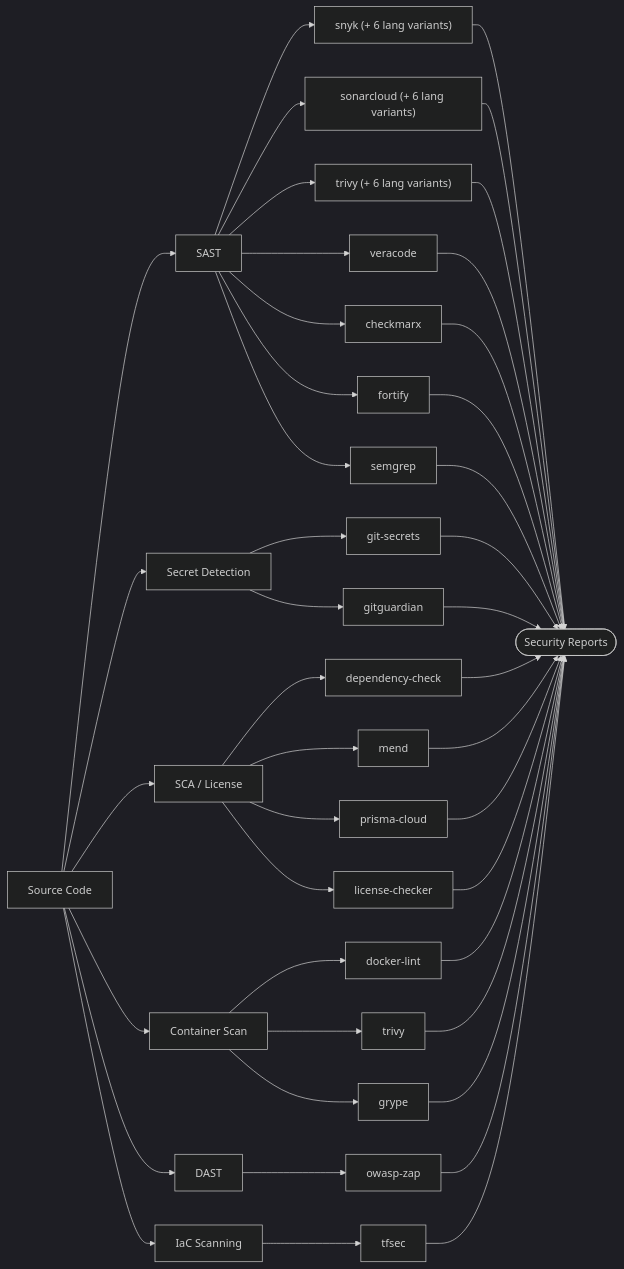
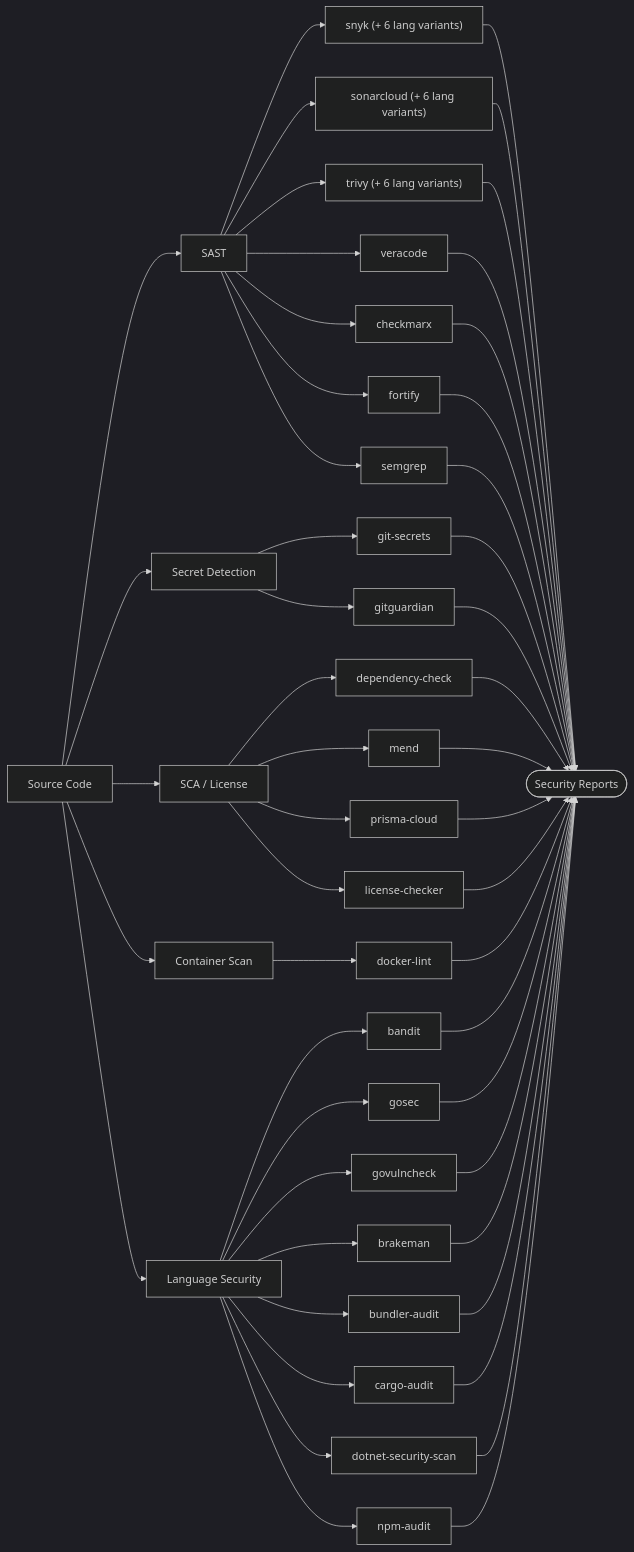
Before and after one commit to mwashburn160/pipeline-builder: the diagram in docs/plugins/security.md, drawn with Mermaid (dark theme). The commit also changed other lines of this file and 25 other files, not shown here.

````diff
--- a/docs/plugins/security.md
+++ b/docs/plugins/security.md
@@ -5,35 +5,31 @@
 ```mermaid
 flowchart LR
     Code[Source Code] --> SAST[SAST]
     Code --> Secrets[Secret Detection]
     Code --> SCA[SCA / License]
     Code --> Container[Container Scan]
-    Code --> DAST[DAST]
-
-    Code --> IaC[IaC Scanning]
+    Code --> LangSec[Language Security]
 
     SAST --> snyk["snyk (+ 6 lang variants)"]
     SAST --> sonarcloud["sonarcloud (+ 6 lang variants)"]
     SAST --> trivy["trivy (+ 6 lang variants)"]
     SAST --> veracode & checkmarx & fortify
     SAST --> semgrep
 
     Secrets --> git-secrets & gitguardian
 
     SCA --> dependency-check & mend & prisma-cloud
     SCA --> license-checker
 
     Container --> docker-lint
-    Container --> trivy2[trivy]
-    Container --> grype
 
-    IaC --> tfsec
-
-    DAST --> owasp-zap
+    LangSec --> bandit & gosec & govulncheck
+    LangSec --> brakeman & bundler-audit & cargo-audit
+    LangSec --> dotnet-security-scan & npm-audit
 
     snyk & sonarcloud & trivy & veracode & checkmarx & fortify & semgrep --> Reports([Security Reports])
     git-secrets & gitguardian --> Reports
     dependency-check & mend & prisma-cloud & license-checker --> Reports
-    docker-lint & trivy2 & grype --> Reports
-    owasp-zap & tfsec --> Reports
+    docker-lint --> Reports
+    bandit & gosec & govulncheck & brakeman & bundler-audit & cargo-audit & dotnet-security-scan & npm-audit --> Reports
 ```
````
